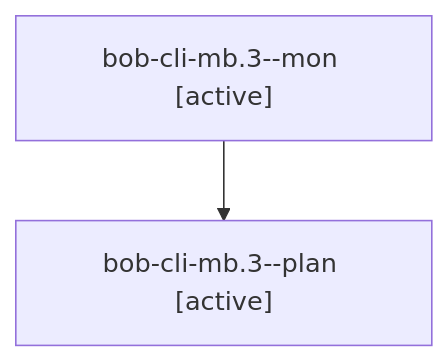
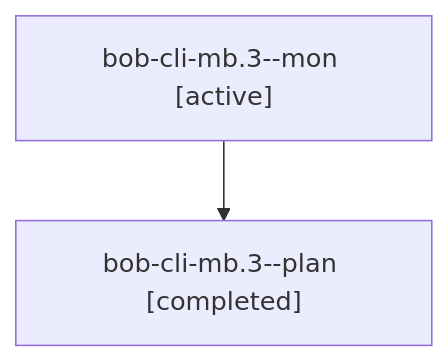
One commit to bobs-org/bob-cli--agents changed the diagram in sessions/bbugyi200.athena.bob-cli-mb.3.md. Above: the diagram before and after it, drawn with Mermaid. The commit also changed other lines of this file and 13 other files, not shown here.

````diff
--- a/sessions/bbugyi200.athena.bob-cli-mb.3.md
+++ b/sessions/bbugyi200.athena.bob-cli-mb.3.md
@@ -9,6 +9,6 @@
 ```mermaid
 flowchart TD
   n0["bob-cli-mb.3--mon [active]"]
-  n1["bob-cli-mb.3--plan [active]"]
+  n1["bob-cli-mb.3--plan [completed]"]
   n0 --> n1
 ```
````
